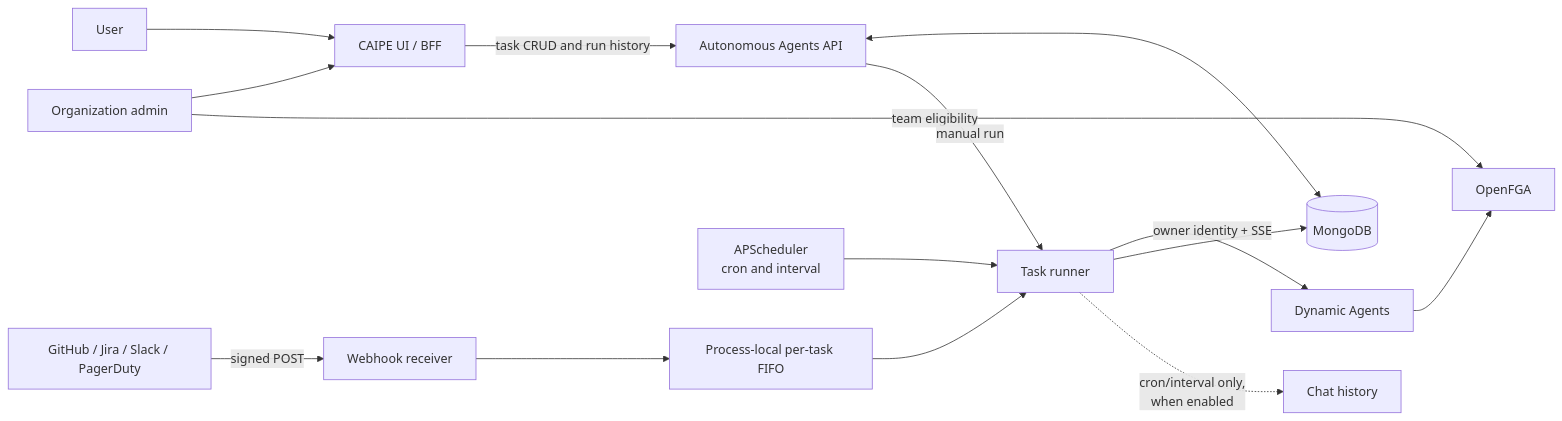
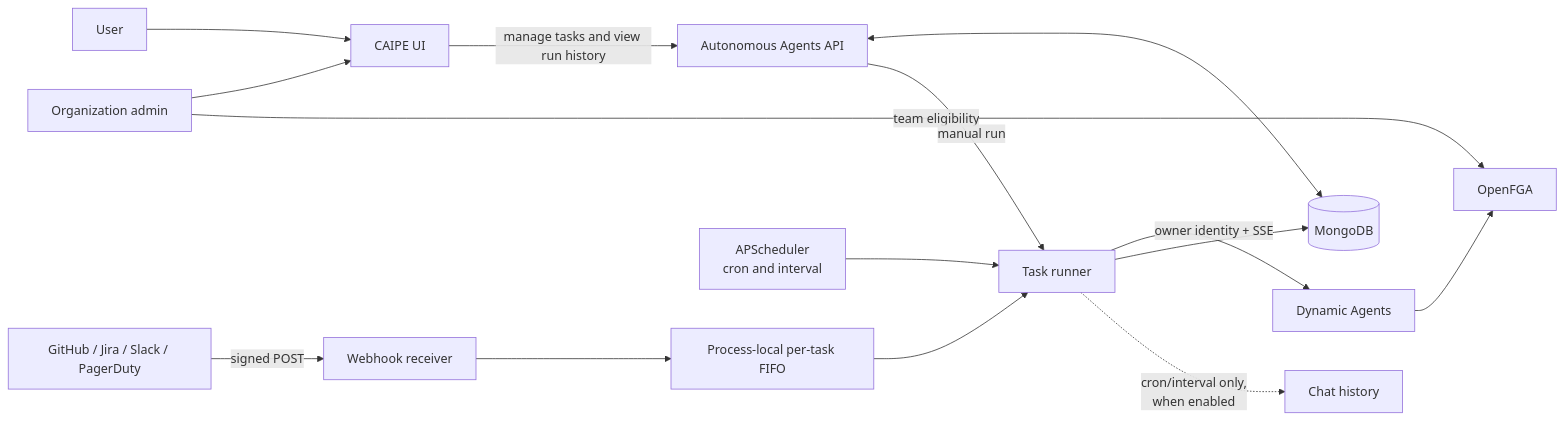
The diagram in docs/docs/architecture/autonomous-agents.md (cnoe-io/ai-platform-engineering), drawn with Mermaid before and after one commit. The commit also changed other lines of this file and 5 other files, not shown here.

````diff
--- a/docs/docs/architecture/autonomous-agents.md
+++ b/docs/docs/architecture/autonomous-agents.md
@@ -18,19 +18,19 @@
 ```mermaid
 flowchart LR
-  User[User] --> UI[CAIPE UI / BFF]
+  User[User] --> UI[CAIPE UI]
   Admin[Organization admin] --> UI
-  UI -->|task CRUD and run history| API[Autonomous Agents API]
+  UI -->|manage tasks and view run history| API[Autonomous Agents API]
   Admin -->|team eligibility| FGA[OpenFGA]
   API <--> DB[(MongoDB)]
 
   Provider[GitHub / Jira / Slack / PagerDuty] -->|signed POST| Hook[Webhook receiver]
   Hook --> FIFO[Process-local per-task FIFO]
 
   APS[APScheduler<br/>cron and interval] --> Runner[Task runner]
   FIFO --> Runner
   API -->|manual run| Runner
   Runner -->|owner identity + SSE| Dynamic[Dynamic Agents]
   Dynamic --> FGA
   Runner --> DB
   Runner -. cron/interval only,<br/>when enabled .-> Chat[Chat history]
 ```
````
